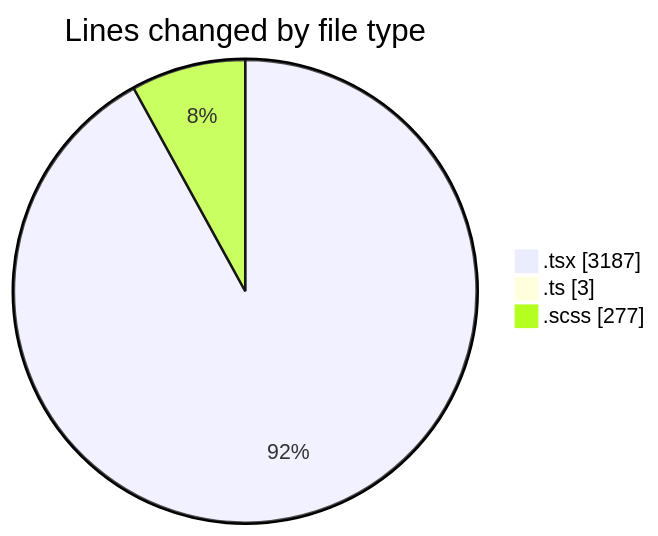
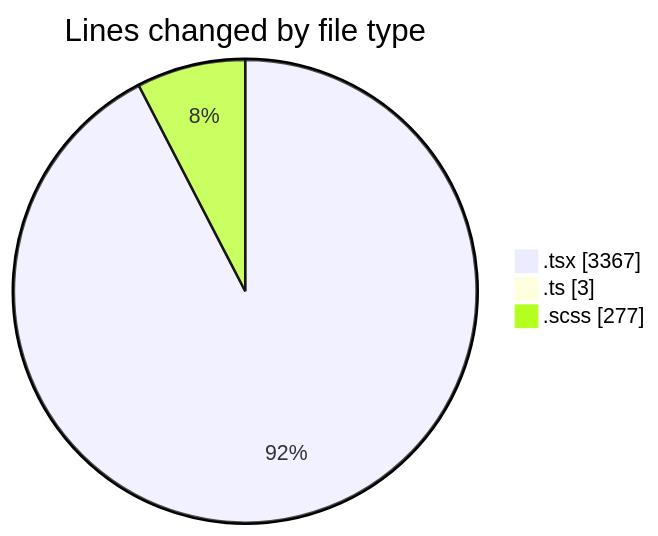
The first of 2 diagrams in 2025-11-17/cda/README.md (momahboobian/code-tracking), drawn with Mermaid before and after one commit. The commit also changed other lines of this file and 1 other file, not shown here.

````diff
--- a/2025-11-17/cda/README.md
+++ b/2025-11-17/cda/README.md
@@ -25,7 +26,7 @@
 ```mermaid
 pie showData
 title Lines changed by file type
-".tsx" : 3187
+".tsx" : 3367
 ".ts" : 3
 ".scss" : 277
 ```
````
